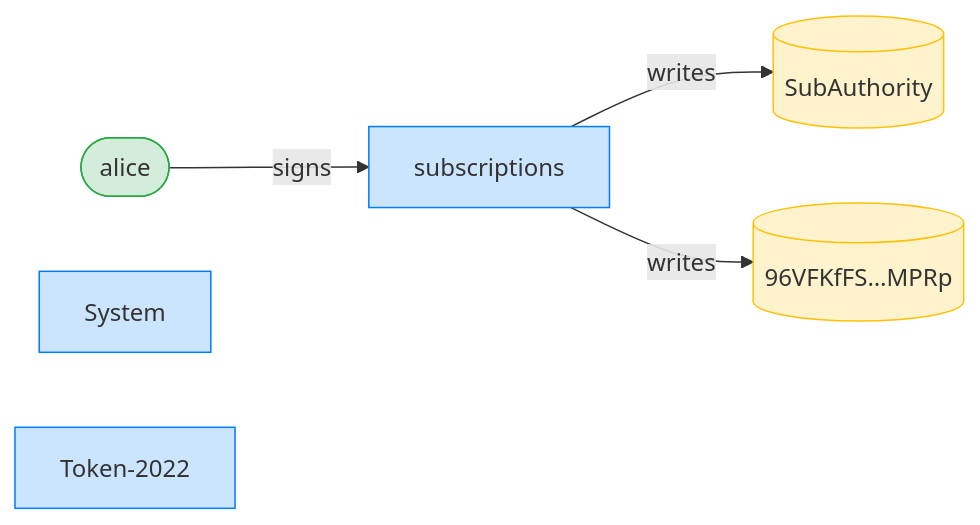
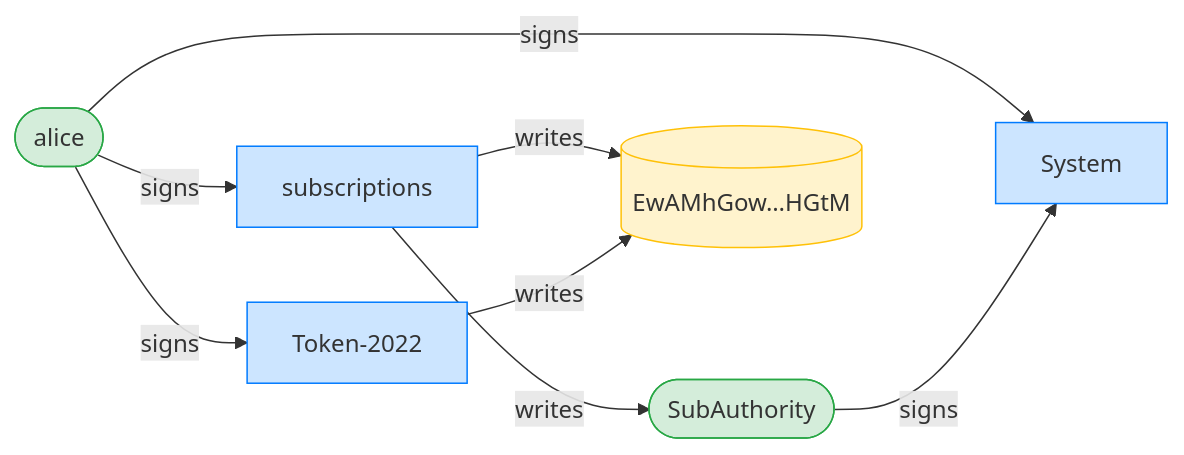
Before and after one commit to cds-rs/subscriptions: the third of 12 diagrams in dsl_tests/fixed-transfer-over-a-token-2022-confidential-transfer-mint.md, drawn with Mermaid. The commit also changed other lines of this file and 224 other files, not shown here.

````diff
--- a/dsl_tests/fixed-transfer-over-a-token-2022-confidential-transfer-mint.md
+++ b/dsl_tests/fixed-transfer-over-a-token-2022-confidential-transfer-mint.md
@@ -55,15 +56,19 @@
 ```mermaid
 flowchart LR
     classDef signer fill:#d4edda,stroke:#28a745;
     classDef program fill:#cce5ff,stroke:#007bff;
     classDef writable fill:#fff3cd,stroke:#ffc107;
     subscriptions[subscriptions]:::program
     alice([alice]):::signer
-    SubAuthority[(SubAuthority)]:::writable
-    96VFKfFS_MPRp[("96VFKfFS…MPRp")]:::writable
+    SubAuthority([SubAuthority]):::signer
+    EwAMhGow_HGtM[("EwAMhGow…HGtM")]:::writable
     System[System]:::program
     Token_2022["Token-2022"]:::program
     alice -->|signs| subscriptions
+    alice -->|signs| System
+    SubAuthority -->|signs| System
+    alice -->|signs| Token_2022
     subscriptions -->|writes| SubAuthority
-    subscriptions -->|writes| 96VFKfFS_MPRp
+    subscriptions -->|writes| EwAMhGow_HGtM
+    Token_2022 -->|writes| EwAMhGow_HGtM
 ```
````
